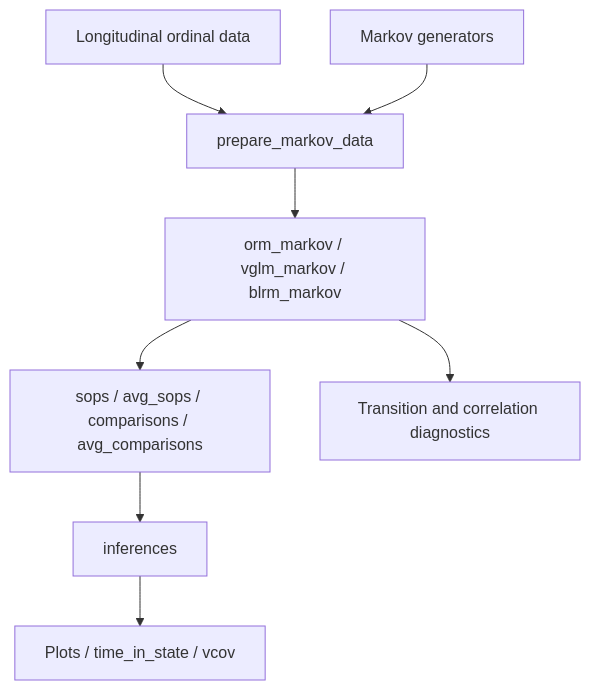
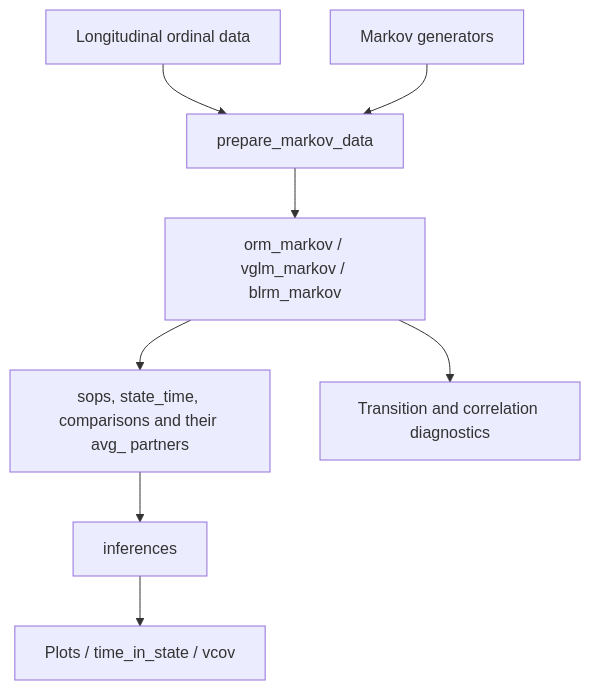
Before and after one commit to scjohannes/mostr: the first of 2 diagrams in ARCHITECTURE.md, drawn with Mermaid. The commit also changed other lines of this file and 45 other files, not shown here.

````diff
--- a/ARCHITECTURE.md
+++ b/ARCHITECTURE.md
@@ -60,10 +60,10 @@
 ```mermaid
 flowchart TD
     A[Longitudinal ordinal data] --> B[prepare_markov_data]
     G[Markov generators] --> B
     B --> C[orm_markov / vglm_markov / blrm_markov]
-    C --> D[sops / avg_sops / comparisons / avg_comparisons]
+    C --> D[sops, state_time, comparisons and their avg_ partners]
     D --> E[inferences]
     E --> F[Plots / time_in_state / vcov]
     C --> H[Transition and correlation diagnostics]
 ```
````
